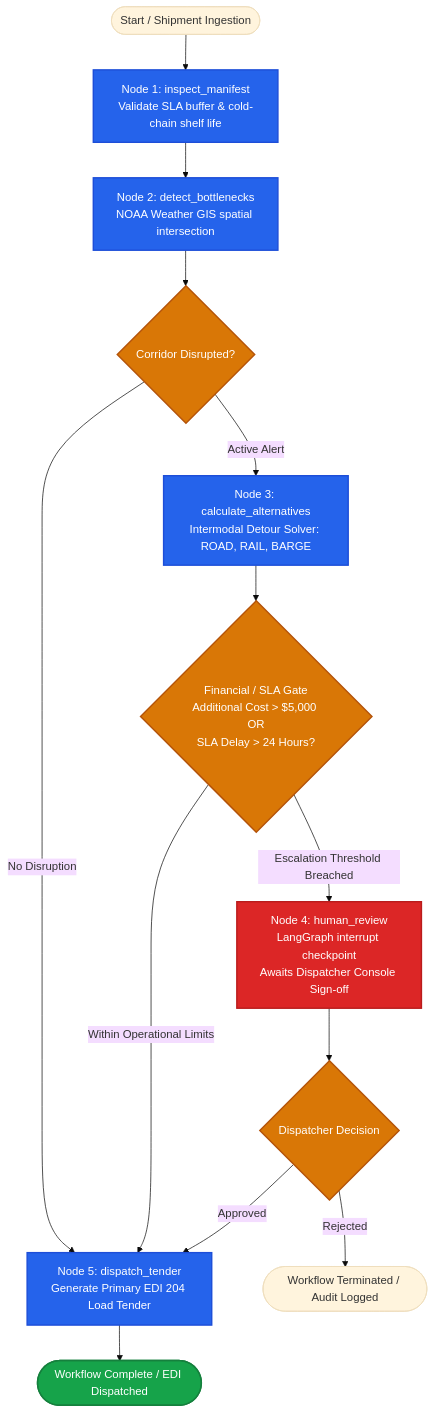
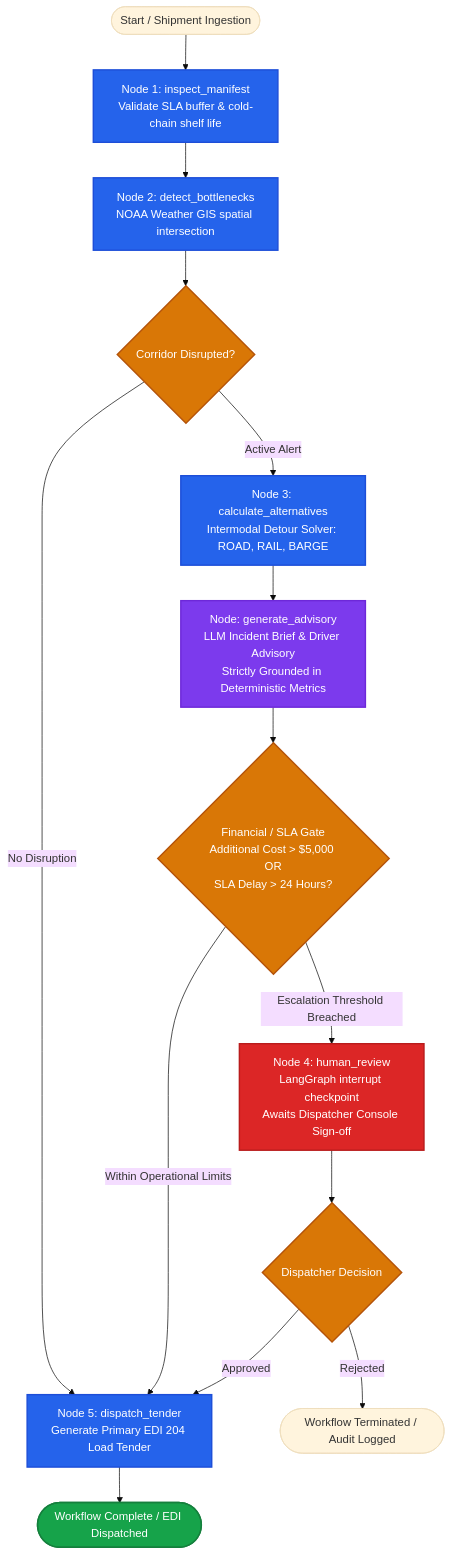
One commit to singhalkapil/freight-reroute-agent changed the first of 2 diagrams in README.md. Above: the diagram before and after it, drawn with Mermaid (base theme). The commit also changed other lines of this file, not shown here.

Commit message:
docs: update architecture, GenAI additions, and usage examples in README

````diff
--- a/README.md
+++ b/README.md
@@ -48,30 +54,34 @@
 ```mermaid
 flowchart TD
     START([Start / Shipment Ingestion]) --> N1[Node 1: inspect_manifest\nValidate SLA buffer & cold-chain shelf life]
     N1 --> N2[Node 2: detect_bottlenecks\nNOAA Weather GIS spatial intersection]
     
     N2 --> C1{Corridor Disrupted?}
     C1 -- No Disruption --> N5[Node 5: dispatch_tender\nGenerate Primary EDI 204 Load Tender]
     C1 -- Active Alert --> N3[Node 3: calculate_alternatives\nIntermodal Detour Solver: ROAD, RAIL, BARGE]
     
-    N3 --> C2{Financial / SLA Gate\nAdditional Cost > $5,000 OR\nSLA Delay > 24 Hours?}
+    N3 --> ADV[Node: generate_advisory\nLLM Incident Brief & Driver Advisory\nStrictly Grounded in Deterministic Metrics]
+    
+    ADV --> C2{Financial / SLA Gate\nAdditional Cost > $5,000 OR\nSLA Delay > 24 Hours?}
     
     C2 -- Escalation Threshold Breached --> N4[Node 4: human_review\nLangGraph interrupt checkpoint\nAwaits Dispatcher Console Sign-off]
     C2 -- Within Operational Limits --> N5
     
     N4 --> C3{Dispatcher Decision}
     C3 -- Approved --> N5
     C3 -- Rejected --> END_REJECT([Workflow Terminated / Audit Logged])
     
     N5 --> END_SUCCESS([Workflow Complete / EDI Dispatched])
 
     classDef primary fill:#2563eb,stroke:#1d4ed8,color:#ffffff,stroke-width:2px;
     classDef gate fill:#d97706,stroke:#b45309,color:#ffffff,stroke-width:2px;
+    classDef llm fill:#7c3aed,stroke:#6d28d9,color:#ffffff,stroke-width:2px;
     classDef interrupt fill:#dc2626,stroke:#b91c1c,color:#ffffff,stroke-width:2px;
     classDef success fill:#16a34a,stroke:#15803d,color:#ffffff,stroke-width:2px;
 
     class N1,N2,N3,N5 primary;
+    class ADV llm;
     class C1,C2,C3 gate;
     class N4 interrupt;
     class END_SUCCESS success;
 ```
````
